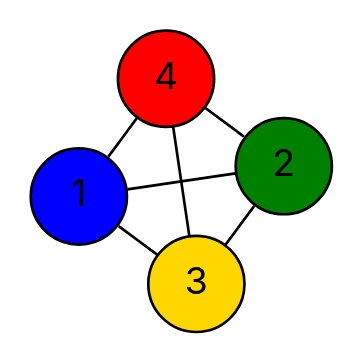
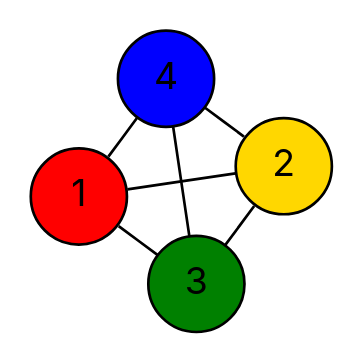
Before and after one commit to vercah/vertex-coloring: the diagram in data/final-dots/easy-04-parallel.dot, drawn with Graphviz. The commit also changed 92 other files, not shown here.

```diff
--- a/data/final-dots/easy-04-parallel.dot
+++ b/data/final-dots/easy-04-parallel.dot
@@ -1,16 +1,16 @@
 graph G {
   layout=neato;
   overlap=false;
   splines=true;
   node [shape=circle, style=filled, fontname=Inter];
-  1 [label="1", fillcolor="blue", tooltip="v1 color 2"];
-  2 [label="2", fillcolor="green", tooltip="v2 color 1"];
-  3 [label="3", fillcolor="gold", tooltip="v3 color 3"];
-  4 [label="4", fillcolor="red", tooltip="v4 color 0"];
+  1 [label="1", fillcolor="red", tooltip="v1 color 0"];
+  2 [label="2", fillcolor="gold", tooltip="v2 color 3"];
+  3 [label="3", fillcolor="green", tooltip="v3 color 1"];
+  4 [label="4", fillcolor="blue", tooltip="v4 color 2"];
   1 -- 2;
   1 -- 3;
   1 -- 4;
   2 -- 3;
   2 -- 4;
   3 -- 4;
 }
```
